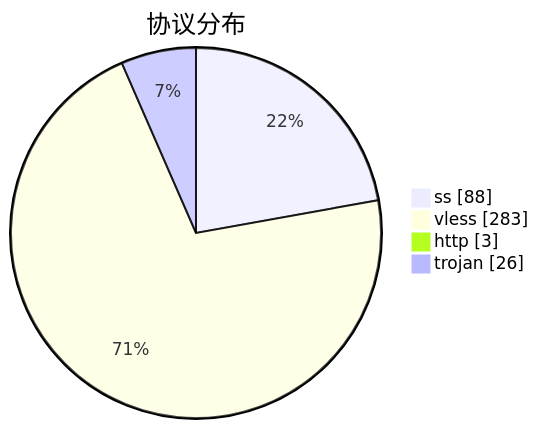
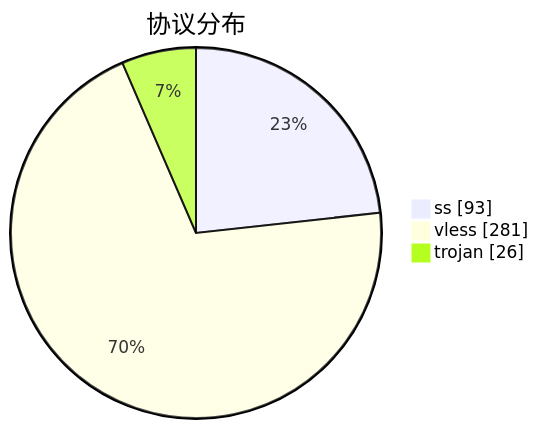
The third of 3 diagrams in subs/statistics/tested_within.md (qjlxg/airport), drawn with Mermaid before and after one commit. The commit also changed other lines of this file and 2 other files, not shown here.

````diff
--- a/subs/statistics/tested_within.md
+++ b/subs/statistics/tested_within.md
@@ -31,8 +30,7 @@
 ```mermaid
 pie showData
 title 协议分布
-"ss" : 88
-"vless" : 283
-"http" : 3
+"ss" : 93
+"vless" : 281
 "trojan" : 26
 ```
````
